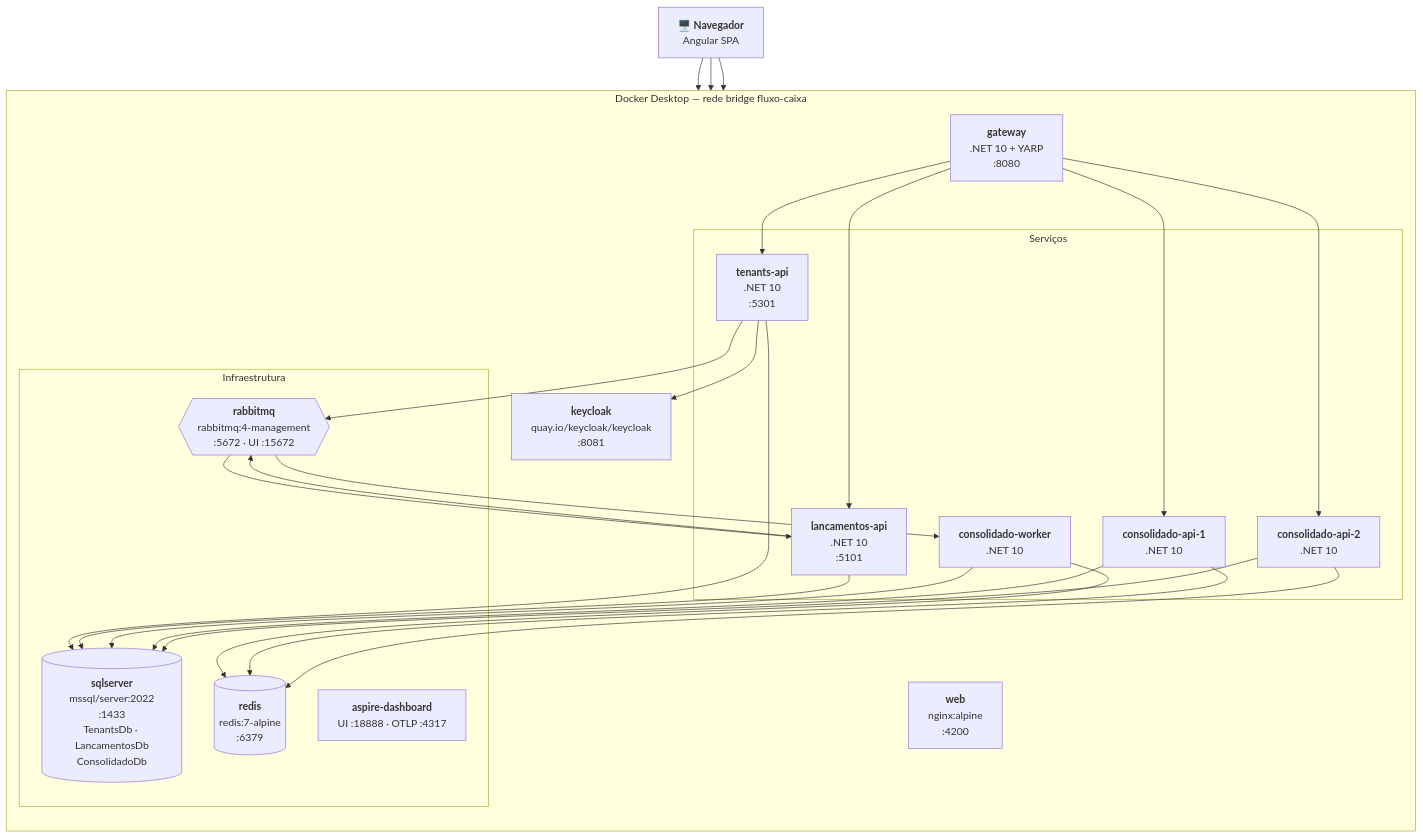
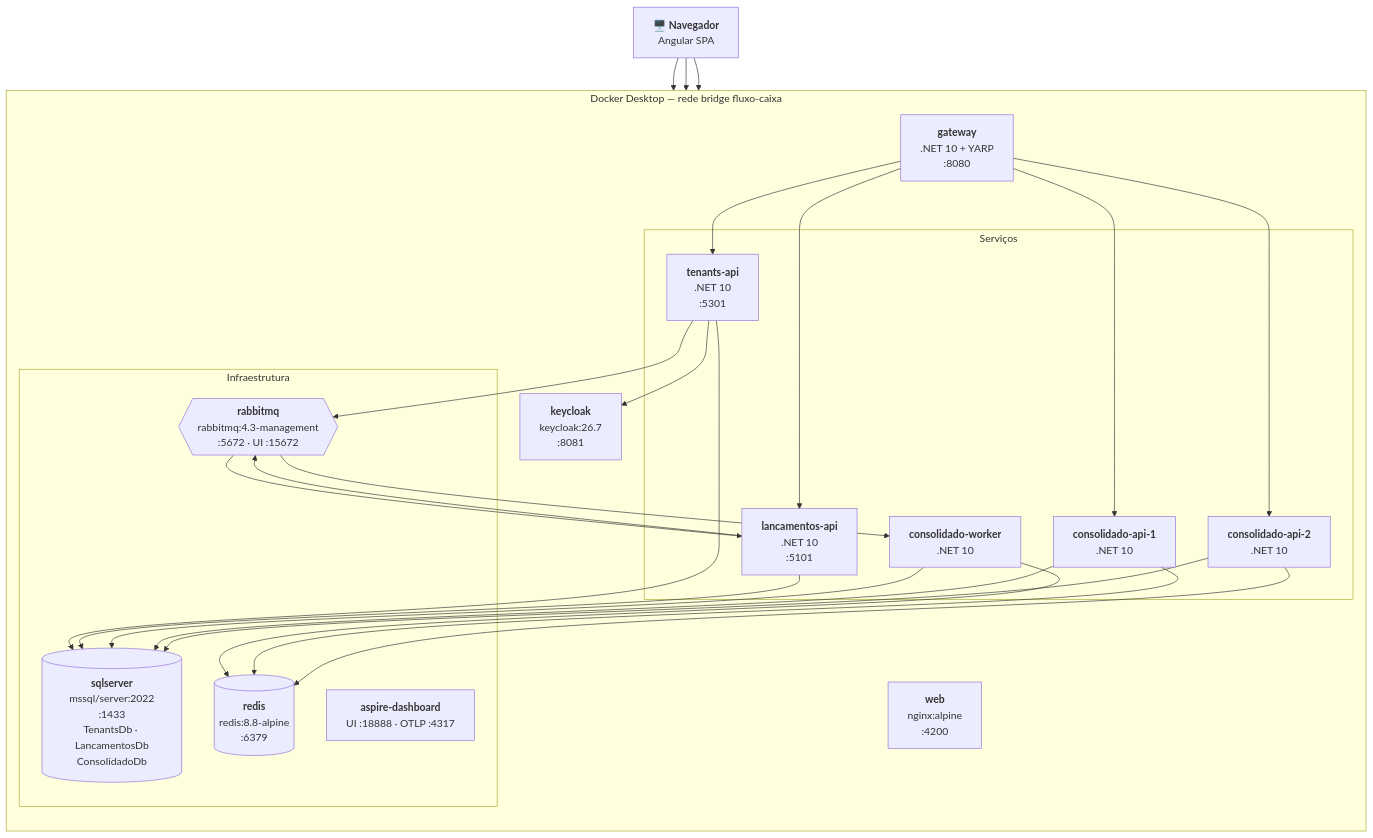
Before and after one commit to igorwaterloo/Verx-desafio20260922: the first of 2 diagrams in docs/architecture/deployment.md, drawn with Mermaid. The commit also changed other lines of this file and 8 other files, not shown here.

````diff
--- a/docs/architecture/deployment.md
+++ b/docs/architecture/deployment.md
@@ -9,45 +9,45 @@
 ```mermaid
 flowchart TB
     browser["🖥️ <b>Navegador</b><br/>Angular SPA"]
 
     subgraph host["Docker Desktop — rede bridge fluxo-caixa"]
         direction TB
         web["<b>web</b><br/>nginx:alpine<br/>:4200"]
-        kc["<b>keycloak</b><br/>quay.io/keycloak/keycloak<br/>:8081"]
+        kc["<b>keycloak</b><br/>keycloak:26.7<br/>:8081"]
         gw["<b>gateway</b><br/>.NET 10 + YARP<br/>:8080"]
 
         subgraph svc["Serviços"]
             tapi["<b>tenants-api</b><br/>.NET 10<br/>:5301"]
             lapi["<b>lancamentos-api</b><br/>.NET 10<br/>:5101"]
             capi1["<b>consolidado-api-1</b><br/>.NET 10"]
             capi2["<b>consolidado-api-2</b><br/>.NET 10"]
             wk["<b>consolidado-worker</b><br/>.NET 10"]
         end
 
         subgraph infra["Infraestrutura"]
             sql[("<b>sqlserver</b><br/>mssql/server:2022<br/>:1433<br/>TenantsDb · LancamentosDb<br/>ConsolidadoDb")]
-            mq{{"<b>rabbitmq</b><br/>rabbitmq:4-management<br/>:5672 · UI :15672"}}
-            redis[("<b>redis</b><br/>redis:7-alpine<br/>:6379")]
+            mq{{"<b>rabbitmq</b><br/>rabbitmq:4.3-management<br/>:5672 · UI :15672"}}
+            redis[("<b>redis</b><br/>redis:8.8-alpine<br/>:6379")]
             aspire["<b>aspire-dashboard</b><br/>UI :18888 · OTLP :4317"]
         end
     end
 
     browser --> web
     browser --> kc
     browser --> gw
     gw --> tapi
     gw --> lapi
     tapi --> sql
     tapi --> mq
     tapi --> kc
     mq --> lapi
     gw --> capi1
     gw --> capi2
     lapi --> sql
     lapi --> mq
     mq --> wk
     wk --> sql
     wk --> redis
     capi1 & capi2 --> redis
     capi1 & capi2 --> sql
 ```
````
